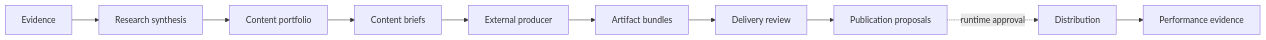
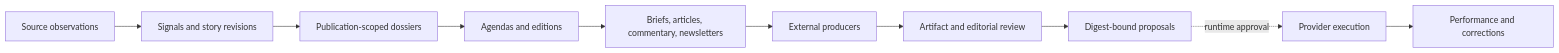
Before and after one commit to profrodai/zeocreator: the first of 2 diagrams in README.md, drawn with Mermaid. The commit also changed other lines of this file and 113 other files, not shown here.

````diff
--- a/README.md
+++ b/README.md
@@ -26,12 +26,12 @@
 ```mermaid
 flowchart LR
-    E[Evidence] --> R[Research synthesis]
-    R --> P[Content portfolio]
-    P --> B[Content briefs]
-    B --> X[External producer]
-    X --> A[Artifact bundles]
-    A --> V[Delivery review]
-    V --> O[Publication proposals]
-    O -. runtime approval .-> D[Distribution]
-    D --> M[Performance evidence]
+    S[Source observations] --> G[Signals and story revisions]
+    G --> D[Publication-scoped dossiers]
+    D --> A[Agendas and editions]
+    A --> B[Briefs, articles, commentary, newsletters]
+    B --> X[External producers]
+    X --> V[Artifact and editorial review]
+    V --> O[Digest-bound proposals]
+    O -. runtime approval .-> P[Provider execution]
+    P --> M[Performance and corrections]
 ```
````
